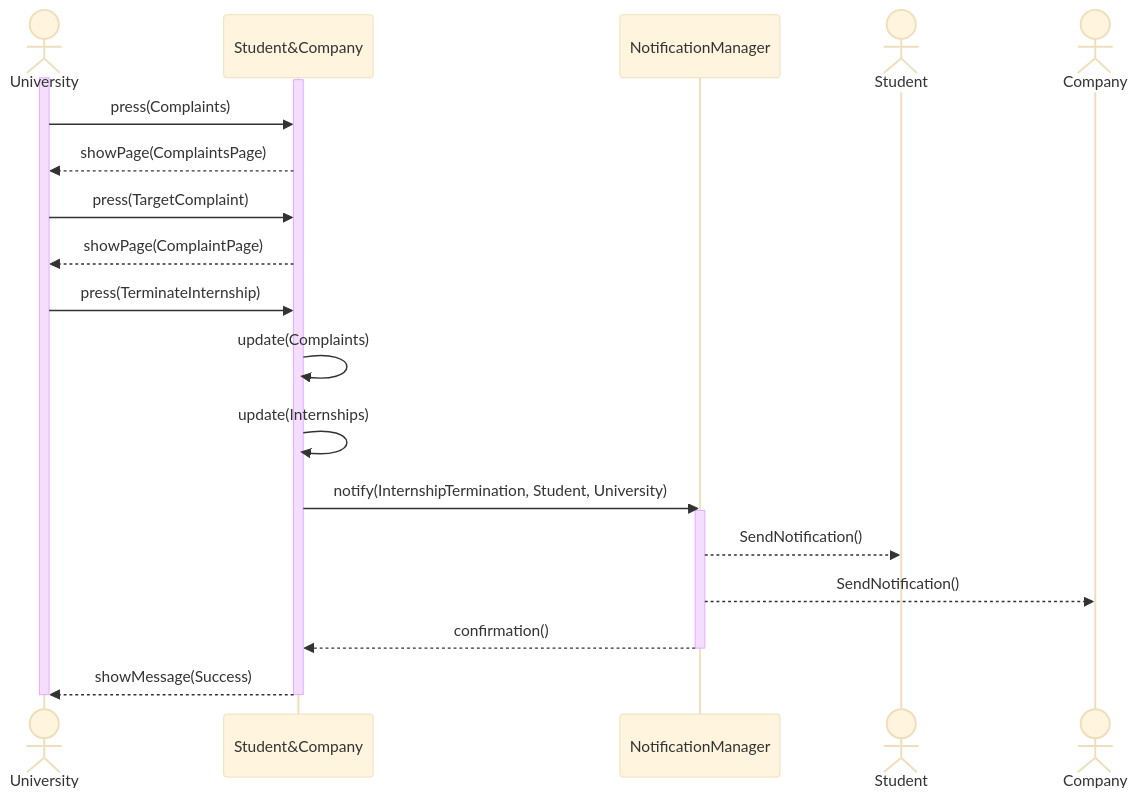
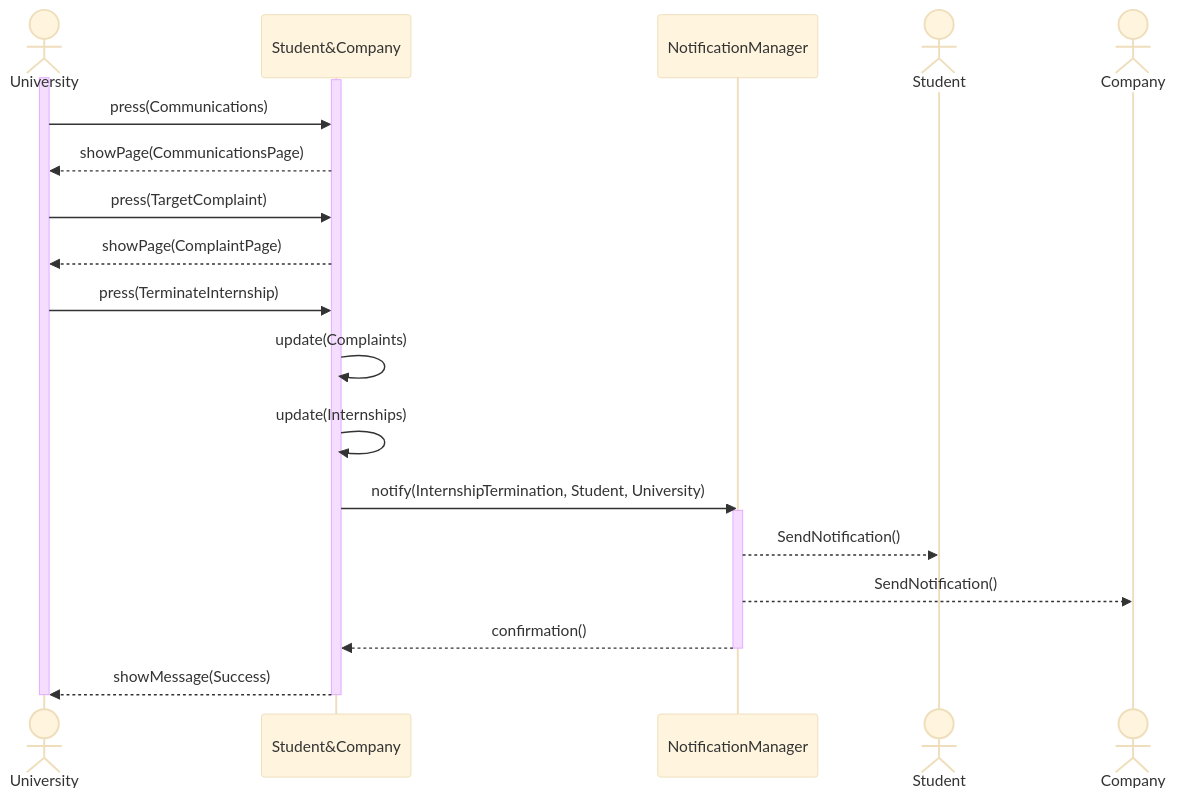
One commit to Slaitroc/RicciPaoliGrisoni changed diagram 14 of 14 in Diagrams/SequenceDiagrams/SequenceDiagrams.md. Above: the diagram before and after it, drawn with Mermaid (base theme). The commit also changed other lines of this file and 15 other files, not shown here.

Commit message:
state charts, sequence diagrams and use cases refactored

````diff
--- a/Diagrams/SequenceDiagrams/SequenceDiagrams.md
+++ b/Diagrams/SequenceDiagrams/SequenceDiagrams.md
@@ -426,26 +425,26 @@
 ```mermaid
 sequenceDiagram
     actor University
     participant Student&Company
     participant NotificationManager
     actor Student
     actor Company
     activate University
     activate Student&Company
-    University ->> Student&Company: press(Complaints)
-    Student&Company -->> University: showPage(ComplaintsPage)
+    University ->> Student&Company: press(Communications)
+    Student&Company -->> University: showPage(CommunicationsPage)
     University ->> Student&Company: press(TargetComplaint)
     Student&Company -->> University: showPage(ComplaintPage)
     University ->> Student&Company: press(TerminateInternship)
     Student&Company ->> Student&Company: update(Complaints)
     Student&Company ->> Student&Company: update(Internships)
     Student&Company ->> NotificationManager: notify(InternshipTermination, Student, University)
     activate NotificationManager
     NotificationManager -->> Student: SendNotification()
     NotificationManager -->> Company: SendNotification()
     NotificationManager -->> Student&Company: confirmation()
     deactivate NotificationManager
     Student&Company -->> University: showMessage(Success)
     deactivate Student&Company
     deactivate University
 ```
````
